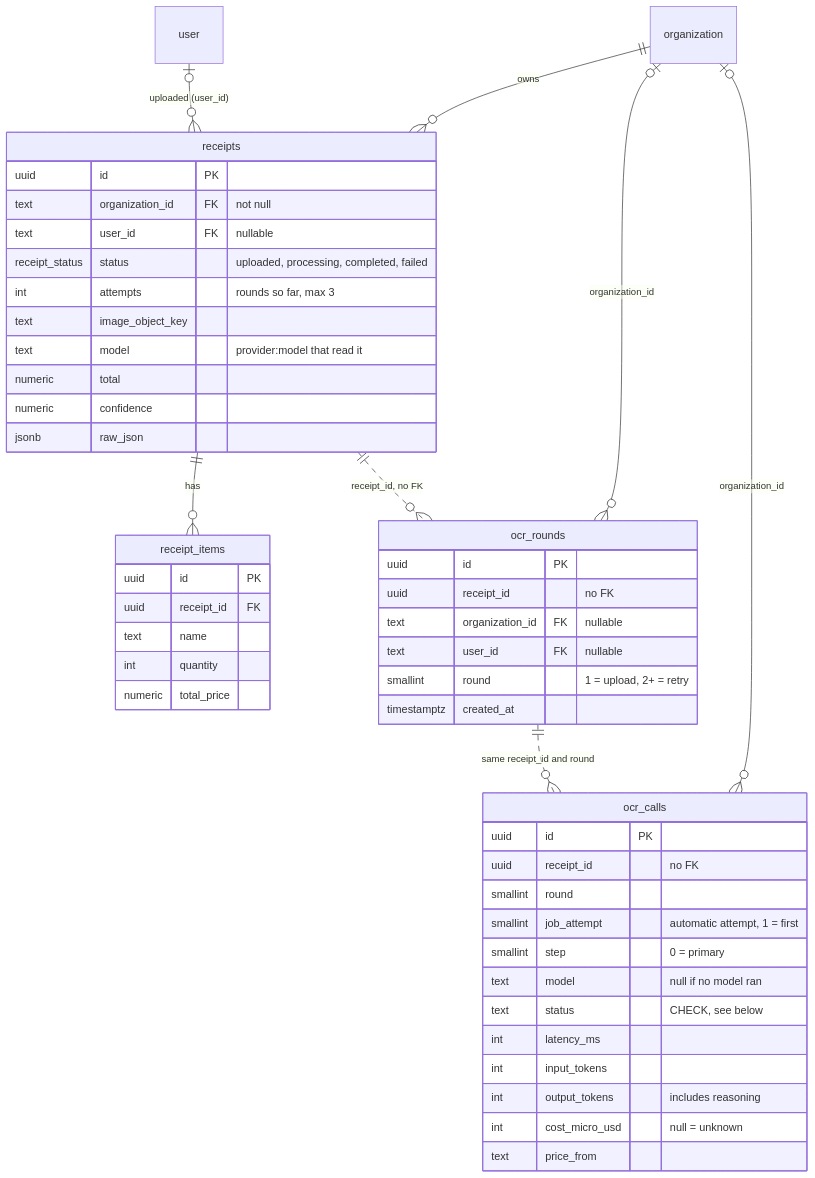
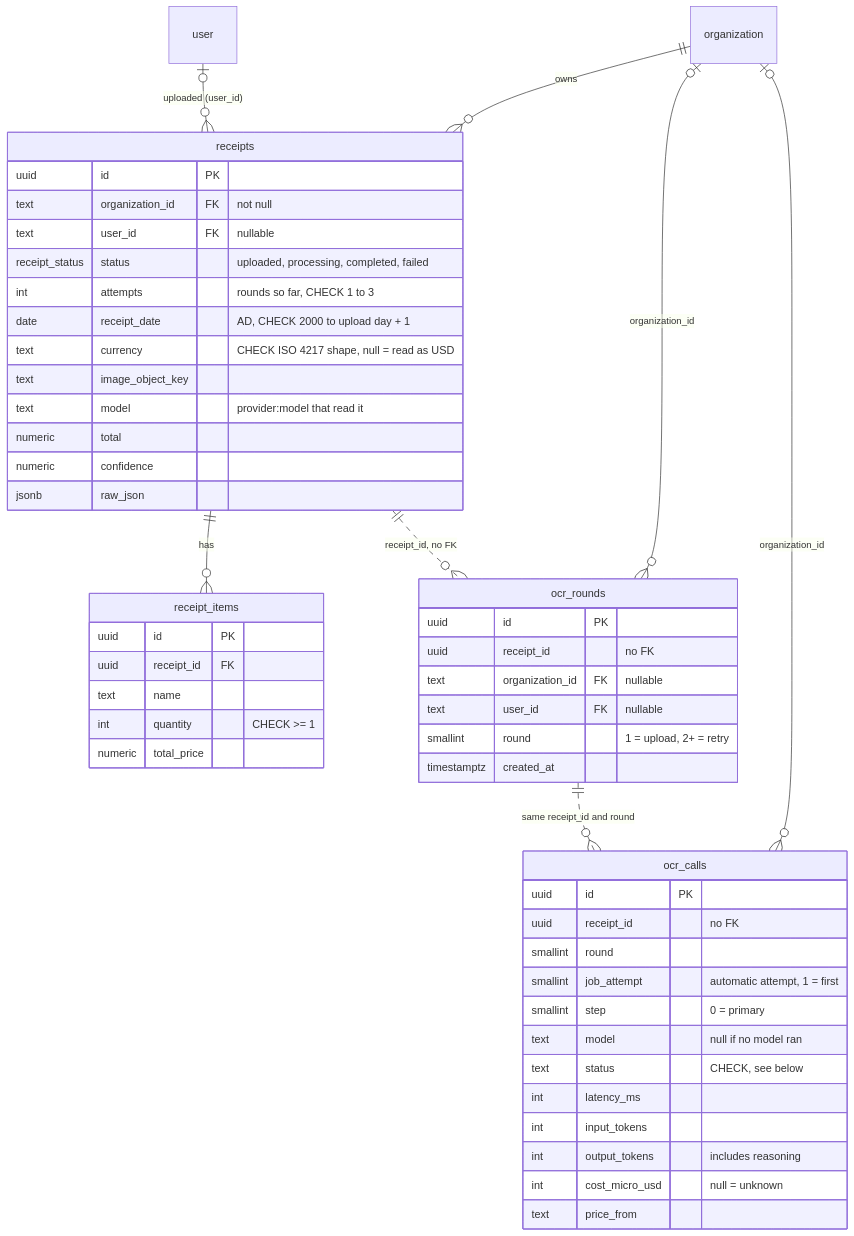
Before and after one commit to bhimrazy/receipt-ocr-app: the second of 5 diagrams in docs/architecture/data-model.md, drawn with Mermaid. The commit also changed other lines of this file and 4 other files, not shown here.

Commit message:
docs: schema fixes in the data model, migration conventions and release notes

````diff
--- a/docs/architecture/data-model.md
+++ b/docs/architecture/data-model.md
@@ -133,52 +133,54 @@
 ```mermaid
 erDiagram
   organization ||--o{ receipts : "owns"
   user |o--o{ receipts : "uploaded (user_id)"
   receipts ||--o{ receipt_items : "has"
   receipts ||..o{ ocr_rounds : "receipt_id, no FK"
   ocr_rounds ||..o{ ocr_calls : "same receipt_id and round"
   organization |o--o{ ocr_rounds : "organization_id"
   organization |o--o{ ocr_calls : "organization_id"
 
   receipts {
     uuid id PK
     text organization_id FK "not null"
     text user_id FK "nullable"
     receipt_status status "uploaded, processing, completed, failed"
-    int attempts "rounds so far, max 3"
+    int attempts "rounds so far, CHECK 1 to 3"
+    date receipt_date "AD, CHECK 2000 to upload day + 1"
+    text currency "CHECK ISO 4217 shape, null = read as USD"
     text image_object_key
     text model "provider:model that read it"
     numeric total
     numeric confidence
     jsonb raw_json
   }
   receipt_items {
     uuid id PK
     uuid receipt_id FK
     text name
-    int quantity
+    int quantity "CHECK >= 1"
     numeric total_price
   }
   ocr_rounds {
     uuid id PK
     uuid receipt_id "no FK"
     text organization_id FK "nullable"
     text user_id FK "nullable"
     smallint round "1 = upload, 2+ = retry"
     timestamptz created_at
   }
   ocr_calls {
     uuid id PK
     uuid receipt_id "no FK"
     smallint round
     smallint job_attempt "automatic attempt, 1 = first"
     smallint step "0 = primary"
     text model "null if no model ran"
     text status "CHECK, see below"
     int latency_ms
     int input_tokens
     int output_tokens "includes reasoning"
     int cost_micro_usd "null = unknown"
     text price_from
   }
 ```
````
